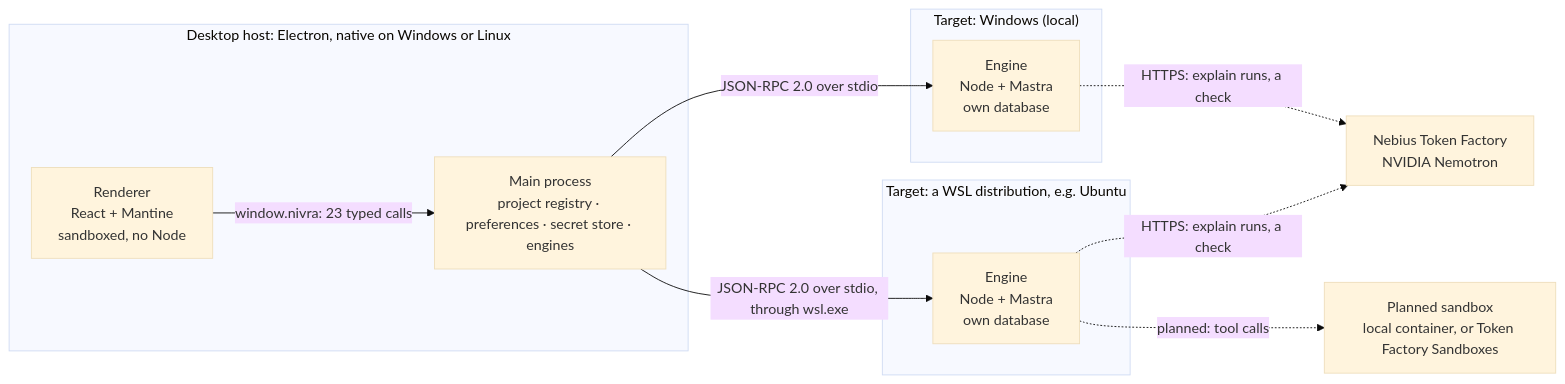
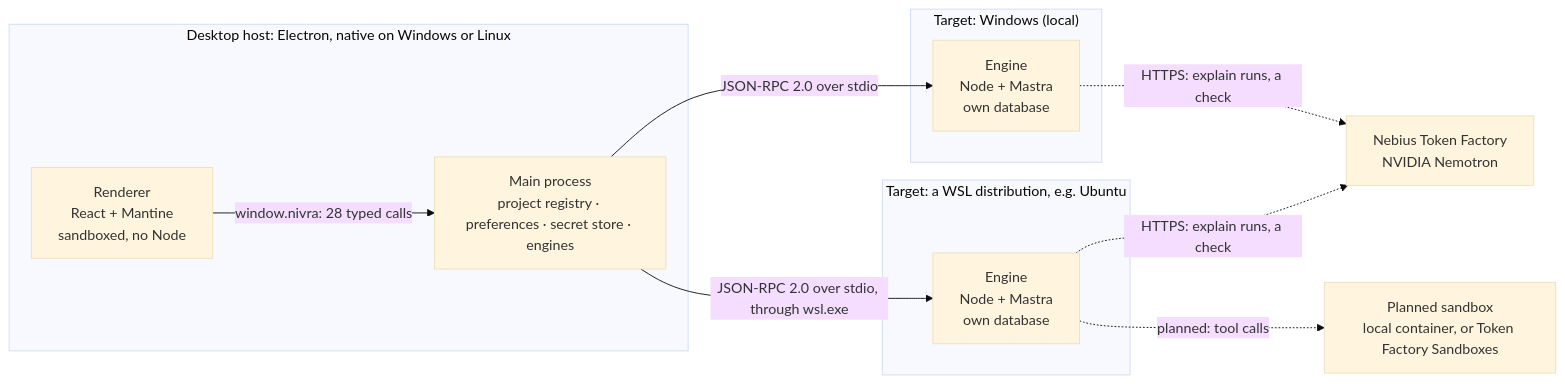
One commit to xXValhallaCoderXx/nivra-orchestrator changed the first of 4 diagrams in system-architecture.md. Above: the diagram before and after it, drawn with Mermaid (base theme). The commit also changed other lines of this file and 15 other files, not shown here.

````diff
--- a/system-architecture.md
+++ b/system-architecture.md
@@ -65,19 +68,19 @@
 ```mermaid
 flowchart LR
   subgraph Host["Desktop host: Electron, native on Windows or Linux"]
     R["Renderer<br/>React + Mantine<br/>sandboxed, no Node"]
     M["Main process<br/>project registry · preferences · secret store · engines"]
-    R -- "window.nivra: 23 typed calls" --> M
+    R -- "window.nivra: 28 typed calls" --> M
   end
   subgraph W["Target: Windows (local)"]
     E1["Engine<br/>Node + Mastra<br/>own database"]
   end
   subgraph L["Target: a WSL distribution, e.g. Ubuntu"]
     E2["Engine<br/>Node + Mastra<br/>own database"]
   end
   M -- "JSON-RPC 2.0 over stdio" --> E1
   M -- "JSON-RPC 2.0 over stdio, through wsl.exe" --> E2
   E1 -. "HTTPS: explain runs, a check" .-> TF["Nebius Token Factory<br/>NVIDIA Nemotron"]
   E2 -. "HTTPS: explain runs, a check" .-> TF
   E2 -. "planned: tool calls" .-> SB["Planned sandbox<br/>local container, or Token Factory Sandboxes"]
 ```
````
